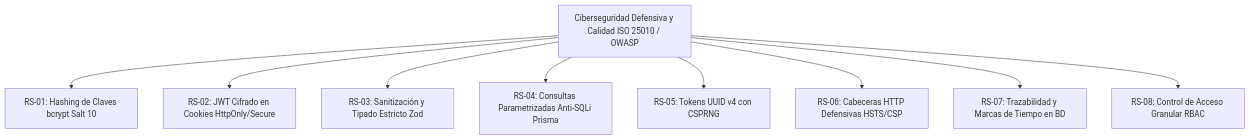
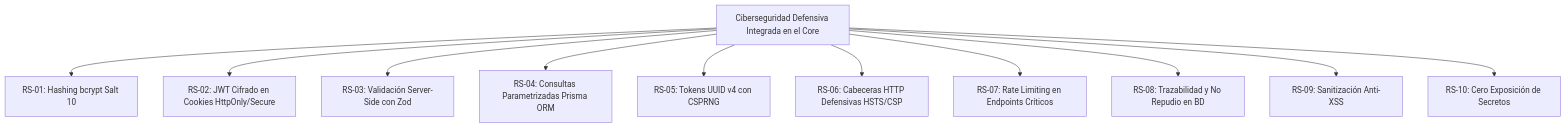
One commit to IMANDOI/sistema-gestion-auditorios-capstone changed the first of 2 diagrams in especificacion_requerimientos.md. Above: the diagram before and after it, drawn with Mermaid. The commit also changed other lines of this file, not shown here.

Commit message:
docs(capstone): ampliar catálogo de requerimientos (RF-01..25, RS-01..10) y plan de pruebas ISO 25010 (especificacion_requerimientos.md)

````diff
--- a/especificacion_requerimientos.md
+++ b/especificacion_requerimientos.md
@@ -137,12 +211,14 @@
 ```mermaid
 graph TD
-    SEC[Ciberseguridad Defensiva y Calidad ISO 25010 / OWASP]
-    SEC --> RS01[RS-01: Hashing de Claves bcrypt Salt 10]
+    SEC[Ciberseguridad Defensiva Integrada en el Core]
+    SEC --> RS01[RS-01: Hashing bcrypt Salt 10]
     SEC --> RS02[RS-02: JWT Cifrado en Cookies HttpOnly/Secure]
-    SEC --> RS03[RS-03: Sanitización y Tipado Estricto Zod]
-    SEC --> RS04[RS-04: Consultas Parametrizadas Anti-SQLi Prisma]
+    SEC --> RS03[RS-03: Validación Server-Side con Zod]
+    SEC --> RS04[RS-04: Consultas Parametrizadas Prisma ORM]
     SEC --> RS05[RS-05: Tokens UUID v4 con CSPRNG]
     SEC --> RS06[RS-06: Cabeceras HTTP Defensivas HSTS/CSP]
-    SEC --> RS07[RS-07: Trazabilidad y Marcas de Tiempo en BD]
-    SEC --> RS08[RS-08: Control de Acceso Granular RBAC]
+    SEC --> RS07[RS-07: Rate Limiting en Endpoints Críticos]
+    SEC --> RS08[RS-08: Trazabilidad y No Repudio en BD]
+    SEC --> RS09[RS-09: Sanitización Anti-XSS]
+    SEC --> RS10[RS-10: Cero Exposición de Secretos]
 ```
````
